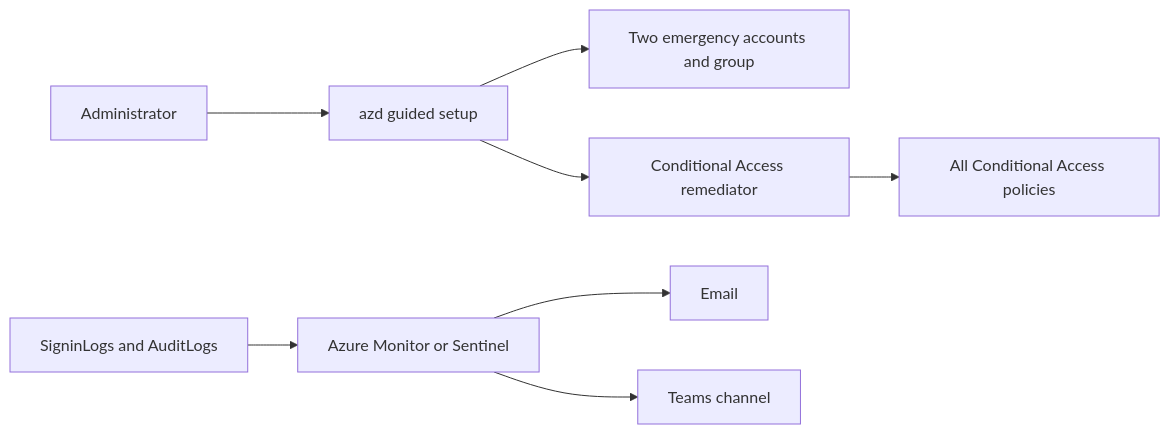
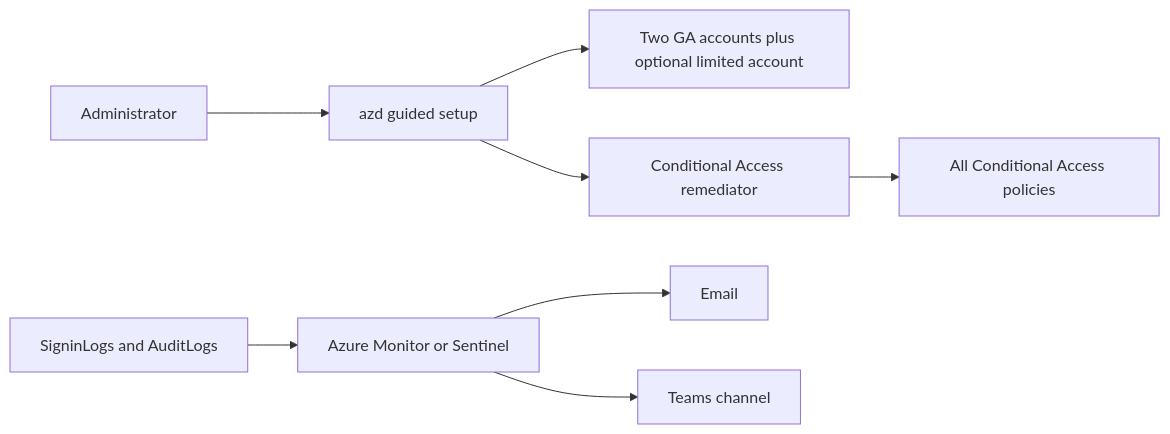
The diagram in README.md (nathanmcnulty/azd-emergency-access), drawn with Mermaid before and after one commit. The commit also changed other lines of this file and 14 other files, not shown here.

Commit message:
Harden emergency account onboarding

````diff
--- a/README.md
+++ b/README.md
@@ -75,10 +77,10 @@
 ```mermaid
 flowchart LR
   Admin[Administrator] --> Wizard[azd guided setup]
-  Wizard --> Identities[Two emergency accounts and group]
+  Wizard --> Identities[Two GA accounts plus optional limited account]
   Wizard --> Remediator[Conditional Access remediator]
   Remediator --> Policies[All Conditional Access policies]
   Signins[SigninLogs and AuditLogs] --> Alerts[Azure Monitor or Sentinel]
   Alerts --> Email[Email]
   Alerts --> Teams[Teams channel]
 ```
````
